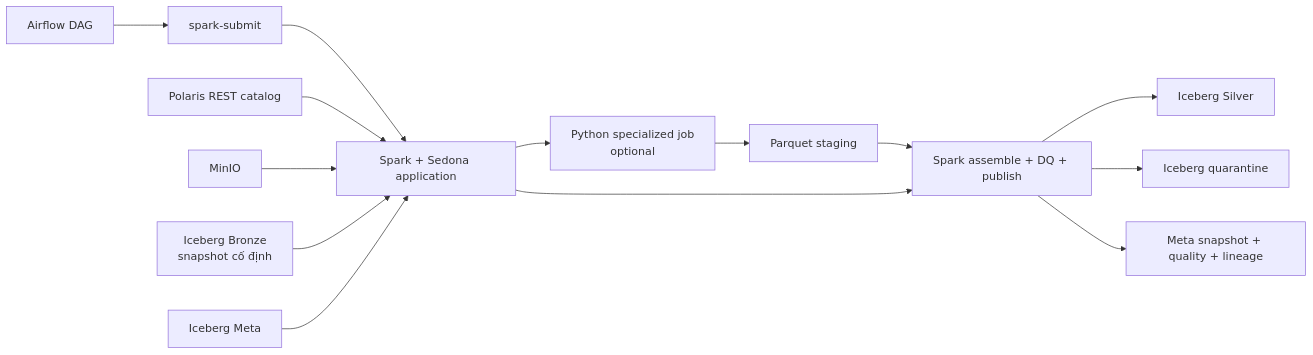
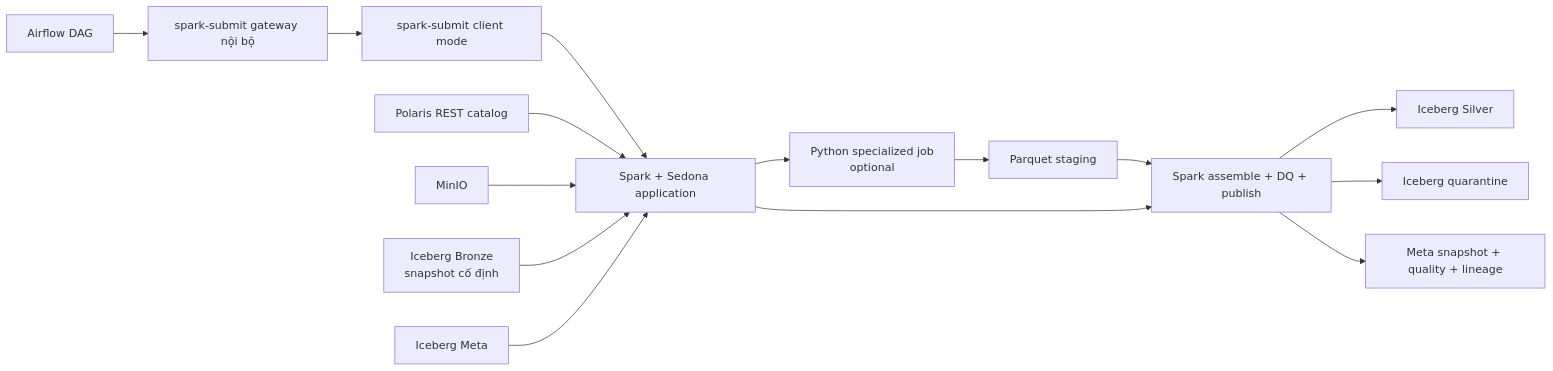
One commit to cloud-vmih/flood-lake-kg changed the diagram in docs/spark_bronze_to_silver_architecture.md. Above: the diagram before and after it, drawn with Mermaid. The commit also changed other lines of this file and 49 other files, not shown here.

````diff
--- a/docs/spark_bronze_to_silver_architecture.md
+++ b/docs/spark_bronze_to_silver_architecture.md
@@ -37,16 +37,17 @@
 ```mermaid
 flowchart LR
-  AF["Airflow DAG"] --> SUBMIT["spark-submit"]
+  AF["Airflow DAG"] --> GW["spark-submit gateway nội bộ"]
+  GW --> SUBMIT["spark-submit client mode"]
   SUBMIT --> SP["Spark + Sedona application"]
   POL["Polaris REST catalog"] --> SP
   MIN["MinIO"] --> SP
   BR["Iceberg Bronze\nsnapshot cố định"] --> SP
   META["Iceberg Meta"] --> SP
   SP --> PY["Python specialized job\noptional"]
   PY --> ST["Parquet staging"]
   ST --> SP2["Spark assemble + DQ + publish"]
   SP --> SP2
   SP2 --> SI["Iceberg Silver"]
   SP2 --> Q["Iceberg quarantine"]
   SP2 --> AUDIT["Meta snapshot + quality + lineage"]
 ```
````
